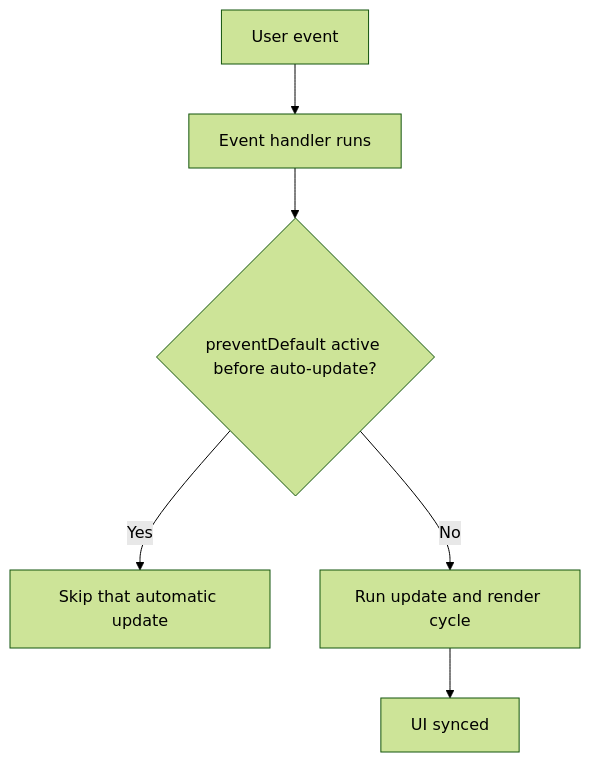
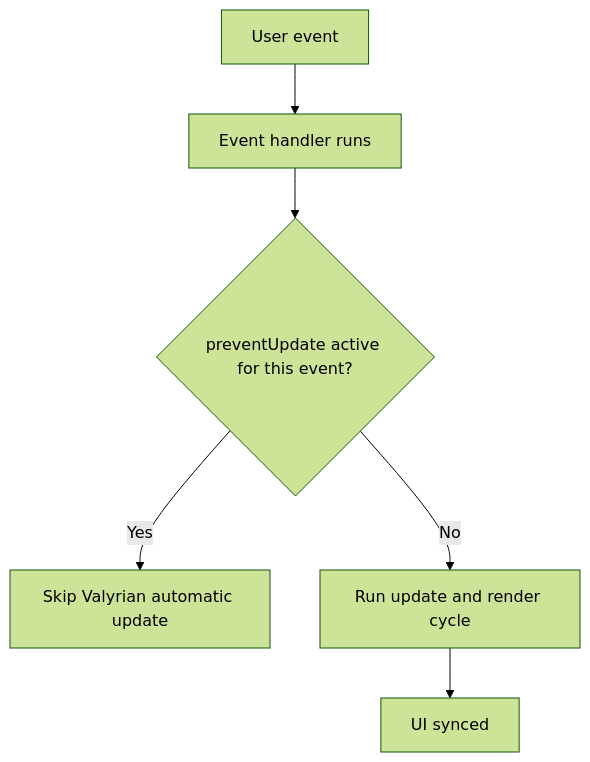
The first of 2 diagrams in docs/3-the-essentials.md (Masquerade-Circus/valyrian.js), drawn with Mermaid (forest theme) before and after one commit. The commit also changed other lines of this file and 49 other files, not shown here.

Commit message:
refactor: change event.preventDefault to helper preventUpdate()

````diff
--- a/docs/3-the-essentials.md
+++ b/docs/3-the-essentials.md
@@ -155,8 +155,8 @@
 ```mermaid
 flowchart TD
     evt[User event] --> handler[Event handler runs]
-    handler --> prevent{preventDefault active before auto-update?}
-    prevent -- Yes --> skip[Skip that automatic update]
+    handler --> prevent{preventUpdate active for this event?}
+    prevent -- Yes --> skip[Skip Valyrian automatic update]
     prevent -- No --> render[Run update and render cycle]
     render --> synced[UI synced]
 ```
````
